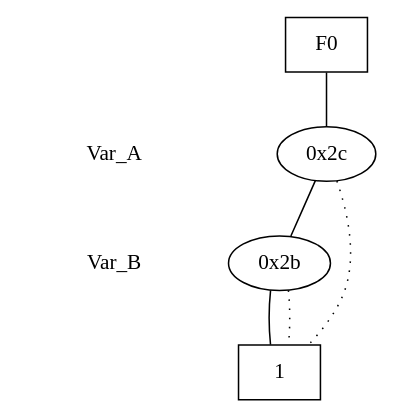
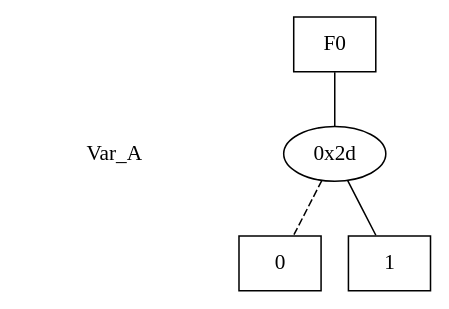
Before and after one commit to DimitrisT1804/algorithm_cad1_project: the diagram in tool/CUDD_impl/bdd.dot, drawn with Graphviz. The commit also changed 6 other files, not shown here.

```diff
--- a/tool/CUDD_impl/bdd.dot
+++ b/tool/CUDD_impl/bdd.dot
@@ -1,28 +1,25 @@
 digraph "DD" {
 size = "7.5,10"
 center = true;
 edge [dir = none];
 { node [shape = plaintext];
   edge [style = invis];
   "CONST NODES" [style = invis];
-" Var_A " -> " Var_B " -> "CONST NODES"; 
+" Var_A " -> "CONST NODES"; 
 }
 { rank = same; node [shape = box]; edge [style = invis];
 "F0"; }
 { rank = same; " Var_A ";
-"0x2c";
-}
-{ rank = same; " Var_B ";
-"0x2b";
+"0x2d";
 }
 { rank = same; "CONST NODES";
-{ node [shape = box]; "0x26";
+{ node [shape = box]; "0x27";
+"0x26";
 }
 }
-"F0" -> "0x2c" [style = solid];
-"0x2c" -> "0x2b";
-"0x2c" -> "0x26" [style = dotted];
-"0x2b" -> "0x26";
-"0x2b" -> "0x26" [style = dotted];
+"F0" -> "0x2d" [style = solid];
+"0x2d" -> "0x26";
+"0x2d" -> "0x27" [style = dashed];
+"0x27" [label = "0"];
 "0x26" [label = "1"];
 }
```
